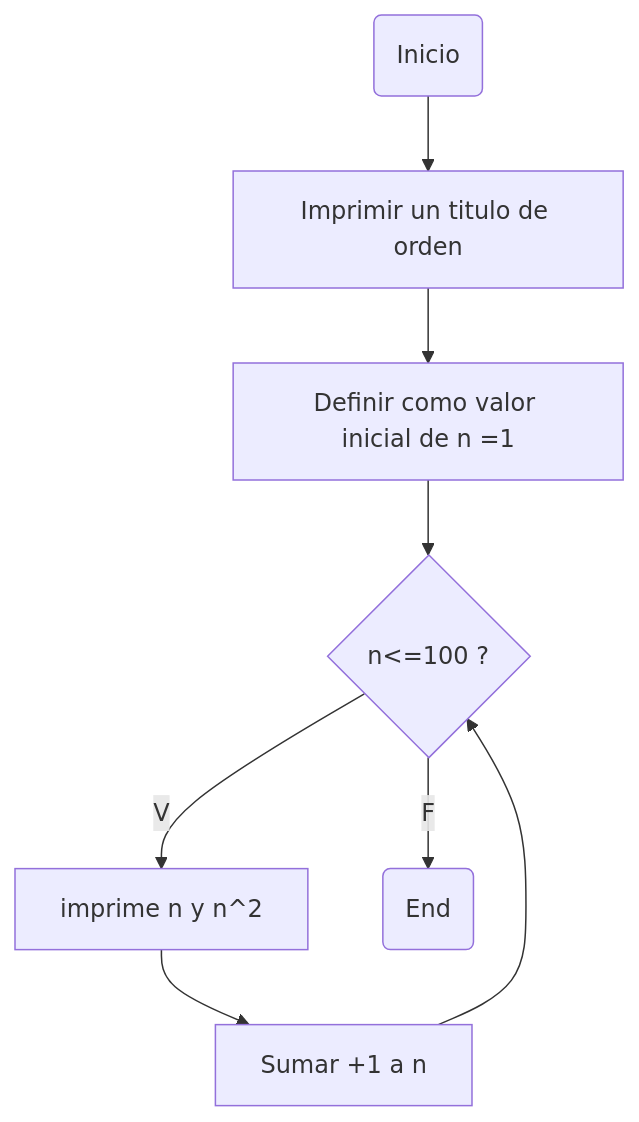
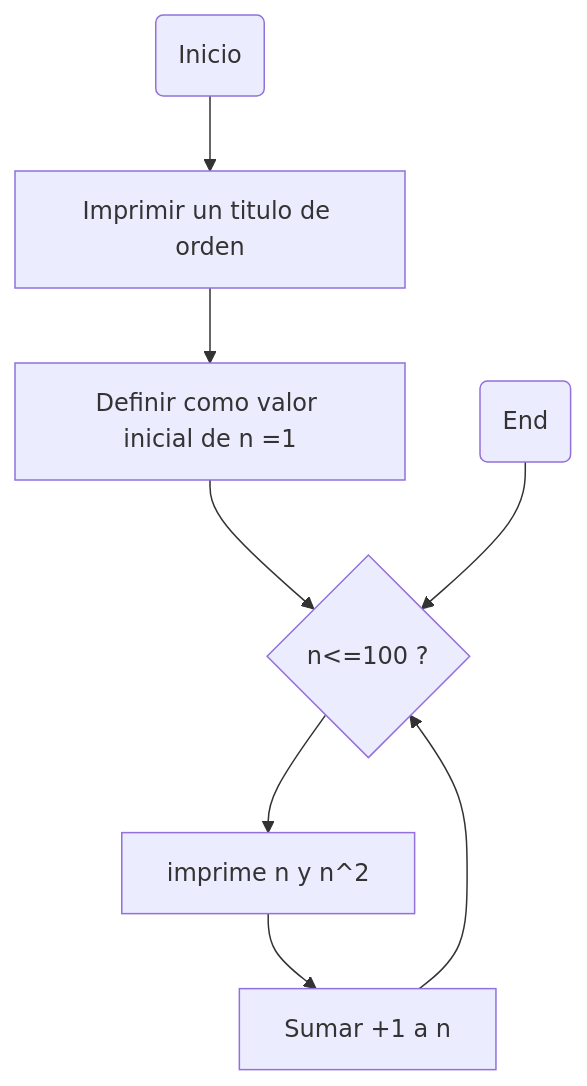
One commit to Felip-UN/Bucles-R6 changed the diagram in README.md. Above: the diagram before and after it, drawn with Mermaid.

Commit message:
Arreglo de Diagrama de flujo

````diff
--- a/README.md
+++ b/README.md
@@ -6,18 +6,18 @@
 ```mermaid
 ---
 config:
   layout: fixed
 ---
 flowchart TD
-    n4["n&lt;=100 ?"] -- V --> n5["imprime n y n^2"]
-    n2["Definir como valor inicial de n =1"] --> n4
-    n5 --> n6["Sumar +1 a n"]
+    n2["Definir como valor inicial de n =1"] --> n4["n&lt;=100 ?"]
+    n5["imprime n y n^2"] --> n6["Sumar +1 a n"]
     n1["Inicio"] --> n8["Imprimir un titulo de orden"]
     n8 --> n2
-    n4 -- F --> n7["End"]
+    n7["End"] --> n4
+    n4 --> n5
     n6 --> n4
     n4@{ shape: diam}
     n1@{ shape: rounded}
     n8@{ shape: rect}
     n7@{ shape: rounded}
 ```
````
